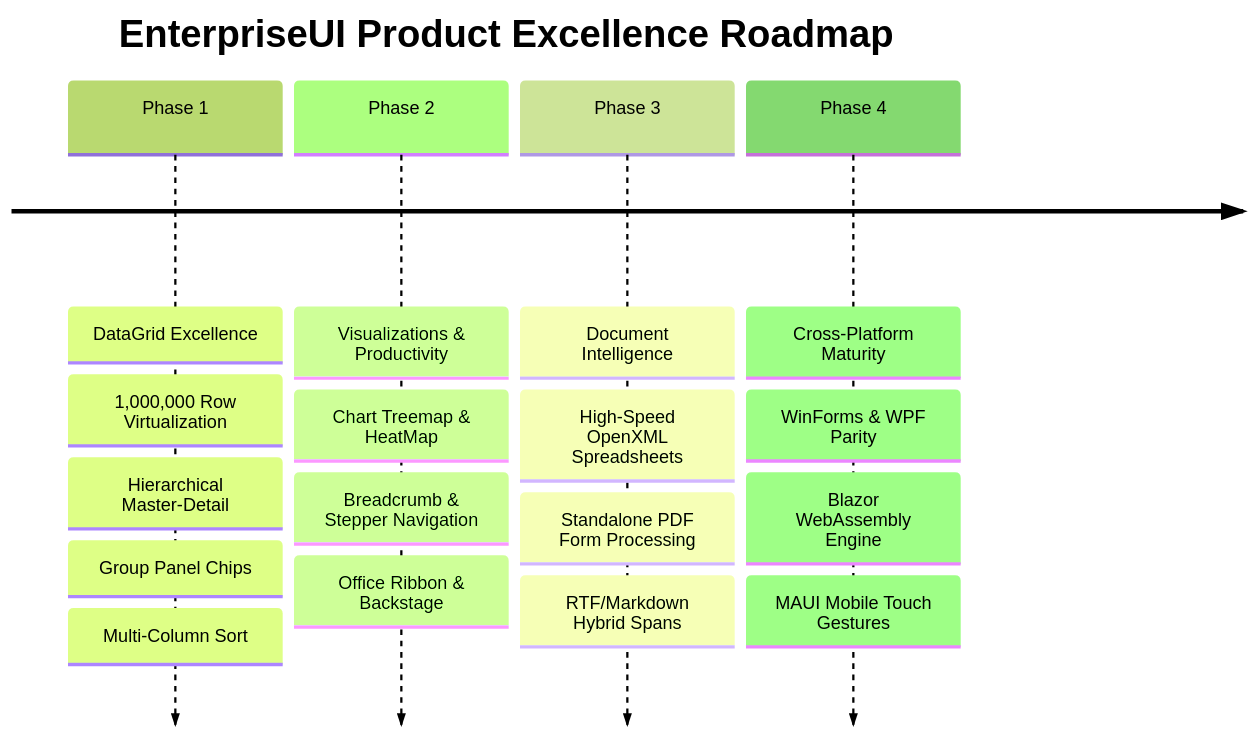
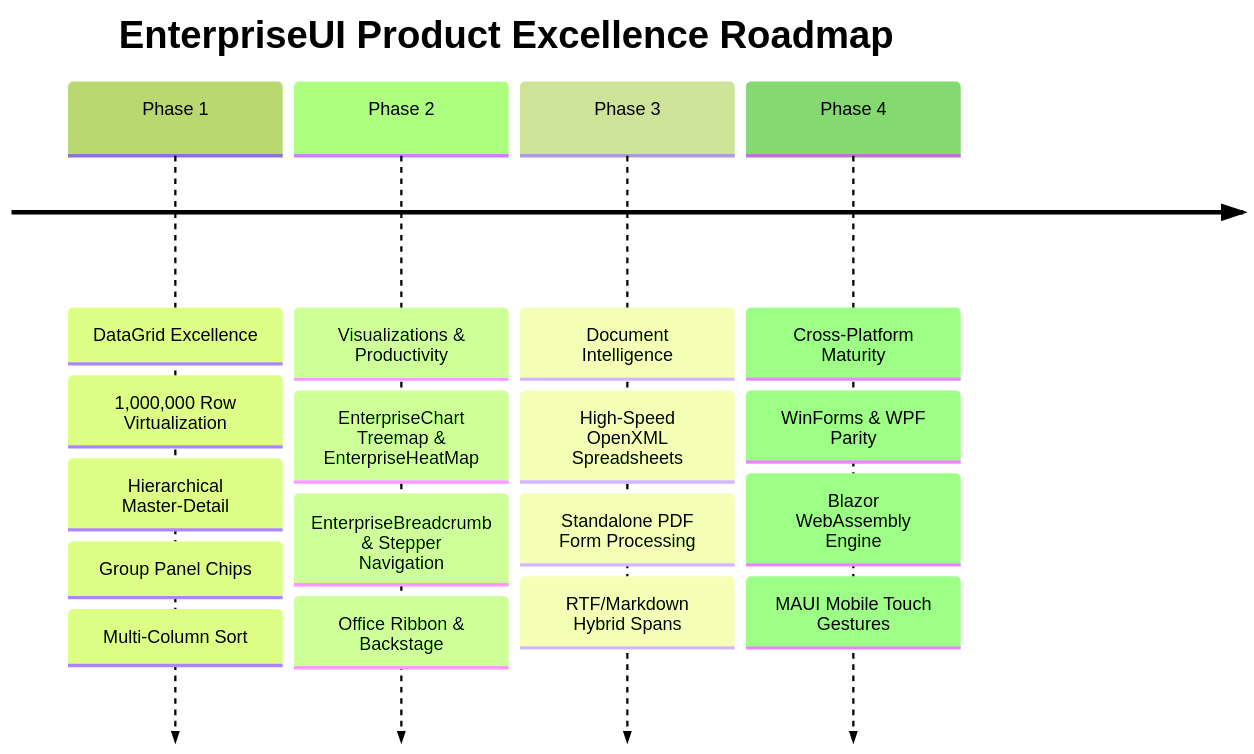
Before and after one commit to muhammad-aftab93/EnterpriseUI: the second of 3 diagrams in docs/Architecture/TelerikEcosystemAuditAndMasterPlan.md, drawn with Mermaid (forest theme). The commit also changed other lines of this file and 93 other files, not shown here.

````diff
--- a/docs/Architecture/TelerikEcosystemAuditAndMasterPlan.md
+++ b/docs/Architecture/TelerikEcosystemAuditAndMasterPlan.md
@@ -222,8 +222,8 @@
 ```mermaid
 timeline
     title EnterpriseUI Product Excellence Roadmap
     Phase 1 : DataGrid Excellence : 1,000,000 Row Virtualization : Hierarchical Master-Detail : Group Panel Chips : Multi-Column Sort
-    Phase 2 : Visualizations & Productivity : Chart Treemap & HeatMap : Breadcrumb & Stepper Navigation : Office Ribbon & Backstage
+    Phase 2 : Visualizations & Productivity : EnterpriseChart Treemap & EnterpriseHeatMap : EnterpriseBreadcrumb & Stepper Navigation : Office Ribbon & Backstage
     Phase 3 : Document Intelligence : High-Speed OpenXML Spreadsheets : Standalone PDF Form Processing : RTF/Markdown Hybrid Spans
     Phase 4 : Cross-Platform Maturity : WinForms & WPF Parity : Blazor WebAssembly Engine : MAUI Mobile Touch Gestures
 ```
````
